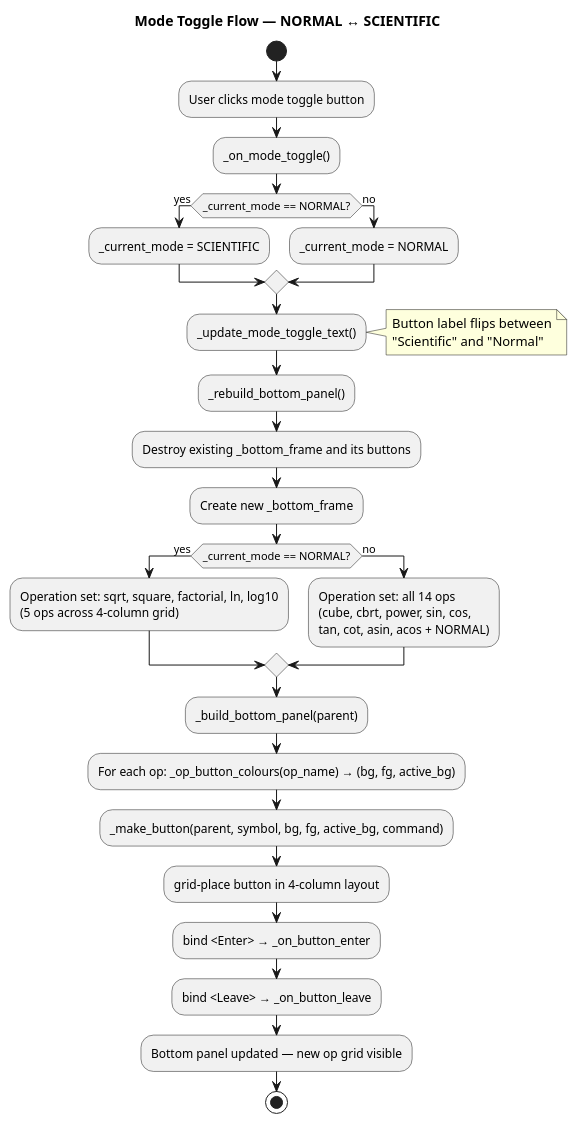
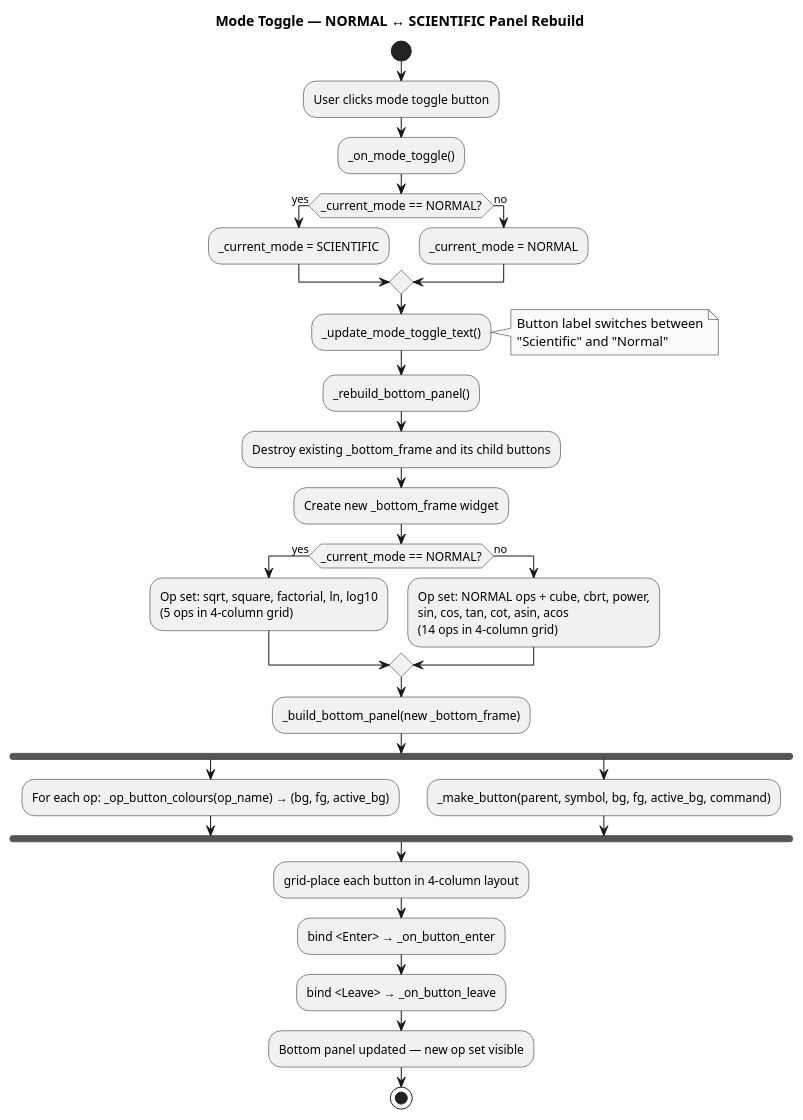
Before and after one commit to DanielRiha8906/Calculator_bachelor_autoevolution_team: the diagram in artifacts/activity_mode_toggle.puml, drawn with PlantUML. The commit also changed 8 other files, not shown here.

First line of the commit message:
docs: update PlantUML diagrams for iOS-style GuiCalculator redesign

```diff
--- a/artifacts/activity_mode_toggle.puml
+++ b/artifacts/activity_mode_toggle.puml
@@ -1,50 +1,54 @@
 @startuml
+skinparam monochrome true
+skinparam shadowing false
 skinparam activityFontSize 12
-skinparam activityDiamondFontSize 11
-title Mode Toggle Flow — NORMAL ↔ SCIENTIFIC
+title Mode Toggle — NORMAL ↔ SCIENTIFIC Panel Rebuild
 
 start
 
 :User clicks mode toggle button;
 
 :_on_mode_toggle();
 
 if (_current_mode == NORMAL?) then (yes)
     :_current_mode = SCIENTIFIC;
 else (no)
     :_current_mode = NORMAL;
 endif
 
 :_update_mode_toggle_text();
+
 note right
-  Button label flips between
+  Button label switches between
   "Scientific" and "Normal"
 end note
 
 :_rebuild_bottom_panel();
 
-:Destroy existing _bottom_frame and its buttons;
+:Destroy existing _bottom_frame and its child buttons;
 
-:Create new _bottom_frame;
+:Create new _bottom_frame widget;
 
 if (_current_mode == NORMAL?) then (yes)
-    :Operation set: sqrt, square, factorial, ln, log10\n(5 ops across 4-column grid);
+    :Op set: sqrt, square, factorial, ln, log10\n(5 ops in 4-column grid);
 else (no)
-    :Operation set: all 14 ops\n(cube, cbrt, power, sin, cos,\ntan, cot, asin, acos + NORMAL);
+    :Op set: NORMAL ops + cube, cbrt, power,\nsin, cos, tan, cot, asin, acos\n(14 ops in 4-column grid);
 endif
 
-:_build_bottom_panel(parent);
+:_build_bottom_panel(new _bottom_frame);
 
-:For each op: _op_button_colours(op_name) → (bg, fg, active_bg);
+fork
+    :For each op: _op_button_colours(op_name) → (bg, fg, active_bg);
+fork again
+    :_make_button(parent, symbol, bg, fg, active_bg, command);
+end fork
 
-:_make_button(parent, symbol, bg, fg, active_bg, command);
-
-:grid-place button in 4-column layout;
+:grid-place each button in 4-column layout;
 
 :bind <Enter> → _on_button_enter;
 :bind <Leave> → _on_button_leave;
 
-:Bottom panel updated — new op grid visible;
+:Bottom panel updated — new op set visible;
 
 stop
 @enduml
```
